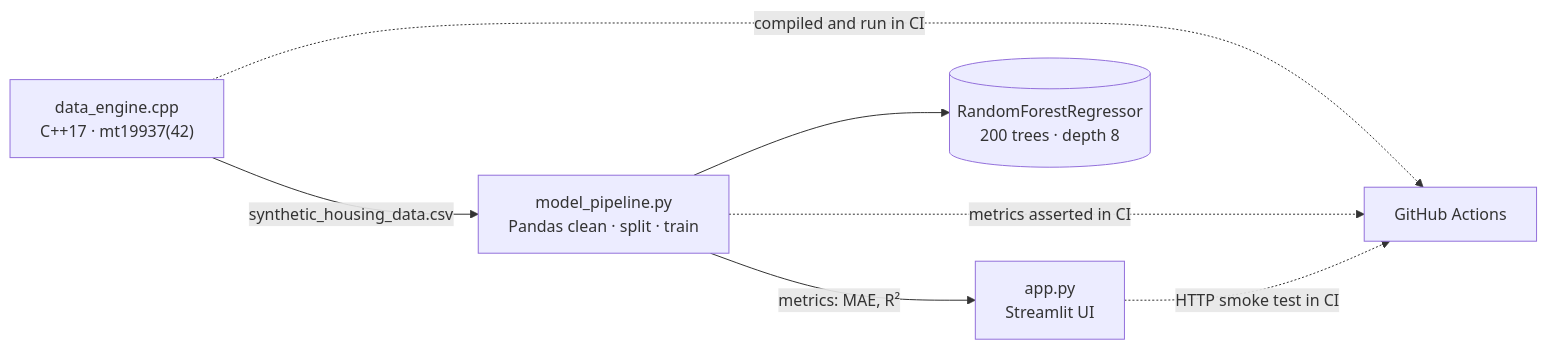
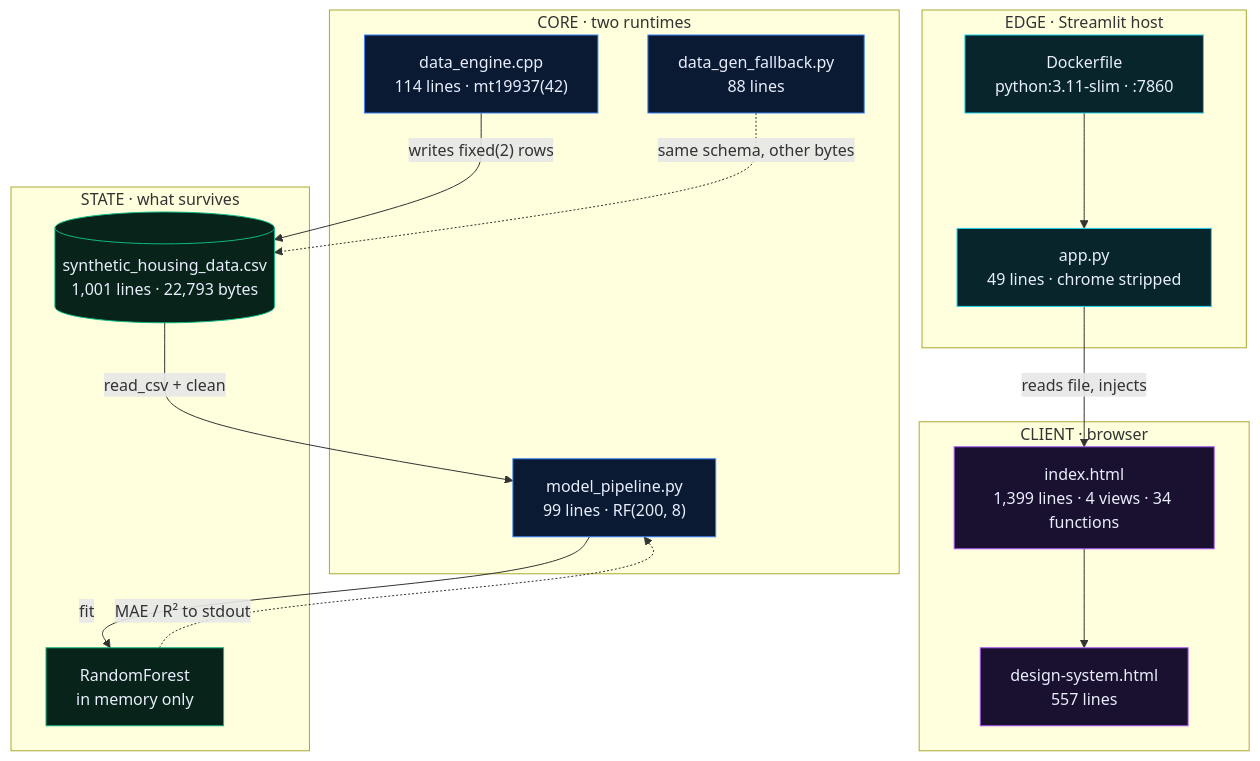
One commit to sheikhayaan/Hybrid-Data-Pipeline changed the first of 8 diagrams in README.md. Above: the diagram before and after it, drawn with Mermaid. The commit also changed other lines of this file and 10 other files, not shown here.

````diff
--- a/README.md
+++ b/README.md
@@ -25,9 +156,38 @@
 ```mermaid
-flowchart LR
-    A["data_engine.cpp<br/>C++17 · mt19937(42)"] -->|"synthetic_housing_data.csv"| B["model_pipeline.py<br/>Pandas clean · split · train"]
-    B -->|"metrics: MAE, R²"| C["app.py<br/>Streamlit UI"]
-    B --> D[("RandomForestRegressor<br/>200 trees · depth 8")]
-    A -.->|"compiled and run in CI"| E[GitHub Actions]
-    B -.->|"metrics asserted in CI"| E
-    C -.->|"HTTP smoke test in CI"| E
+flowchart TB
+    subgraph CLIENT["CLIENT · browser"]
+        UI["index.html<br/>1,399 lines · 4 views · 34 functions"]
+        DS["design-system.html<br/>557 lines"]
+    end
+    subgraph EDGE["EDGE · Streamlit host"]
+        APP["app.py<br/>49 lines · chrome stripped"]
+        DOCK["Dockerfile<br/>python:3.11-slim · :7860"]
+    end
+    subgraph CORE["CORE · two runtimes"]
+        ENG["data_engine.cpp<br/>114 lines · mt19937(42)"]
+        FB["data_gen_fallback.py<br/>88 lines"]
+        ML["model_pipeline.py<br/>99 lines · RF(200, 8)"]
+    end
+    subgraph STATE["STATE · what survives"]
+        CSV[("synthetic_housing_data.csv<br/>1,001 lines · 22,793 bytes")]
+        MEM["RandomForest<br/>in memory only"]
+    end
+
+    APP -->|"reads file, injects"| UI
+    UI --> DS
+    DOCK --> APP
+    ENG -->|"writes fixed(2) rows"| CSV
+    FB -.->|"same schema, other bytes"| CSV
+    CSV -->|"read_csv + clean"| ML
+    ML -->|"fit"| MEM
+    MEM -.->|"MAE / R² to stdout"| ML
+
+    classDef client fill:#1a1030,stroke:#a855f7,color:#e8eefc
+    classDef edge fill:#08252b,stroke:#22d3ee,color:#e8eefc
+    classDef core fill:#0a1a33,stroke:#3b82f6,color:#e8eefc
+    classDef state fill:#07231a,stroke:#10b981,color:#e8eefc
+    class UI,DS client
+    class APP,DOCK edge
+    class ENG,FB,ML core
+    class CSV,MEM state
 ```
````
